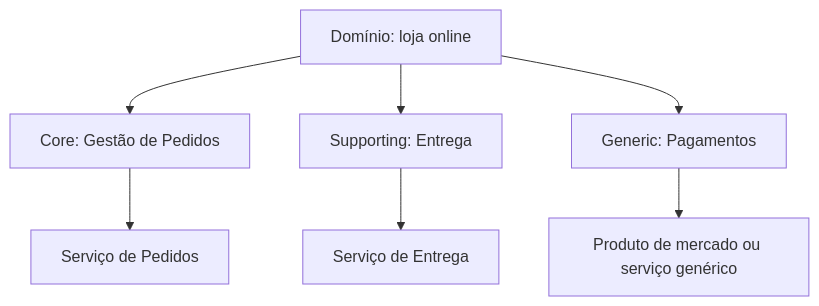
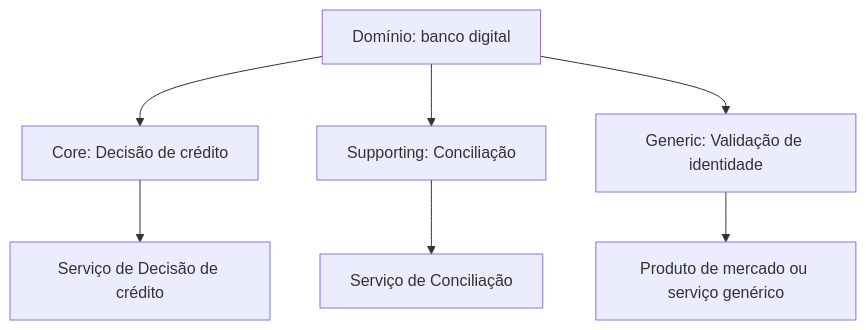
One commit to alancesar/design-patterns changed the diagram in docs/architecture/microservices/service-boundaries/decompose-by-subdomain.md. Above: the diagram before and after it, drawn with Mermaid. The commit also changed other lines of this file and 27 other files, not shown here.

Commit message:
Switch microservices concrete diagrams to fintech scenarios

````diff
--- a/docs/architecture/microservices/service-boundaries/decompose-by-subdomain.md
+++ b/docs/architecture/microservices/service-boundaries/decompose-by-subdomain.md
@@ -50,9 +50,9 @@
 ```mermaid
 flowchart TB
-    D["Domínio: loja online"] --> CORE["Core: Gestão de Pedidos"]
-    D --> SUP["Supporting: Entrega"]
-    D --> GEN["Generic: Pagamentos"]
-    CORE --> S1["Serviço de Pedidos"]
-    SUP --> S2["Serviço de Entrega"]
+    D["Domínio: banco digital"] --> CORE["Core: Decisão de crédito"]
+    D --> SUP["Supporting: Conciliação"]
+    D --> GEN["Generic: Validação de identidade"]
+    CORE --> S1["Serviço de Decisão de crédito"]
+    SUP --> S2["Serviço de Conciliação"]
     GEN --> S3["Produto de mercado ou serviço genérico"]
 ```
````
